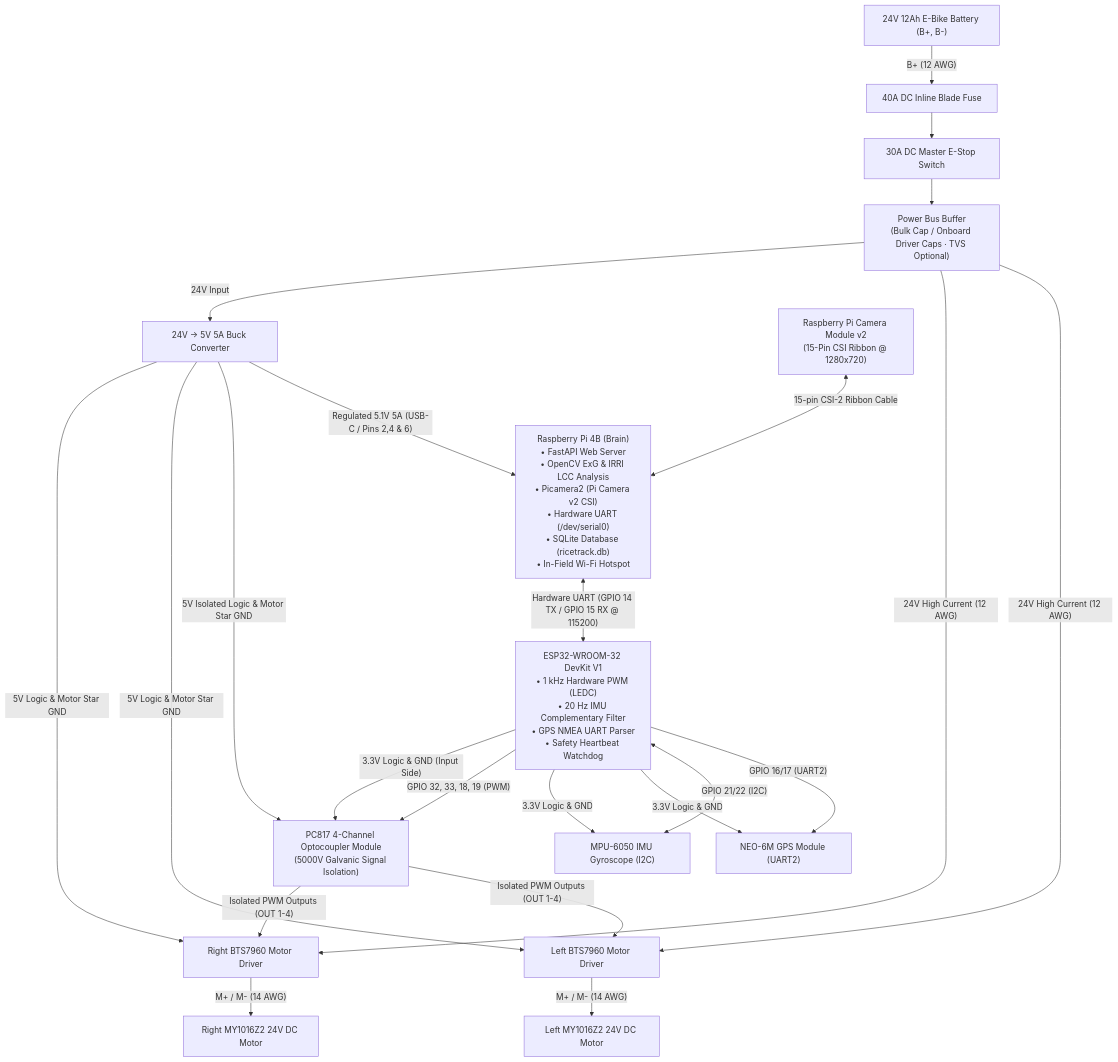
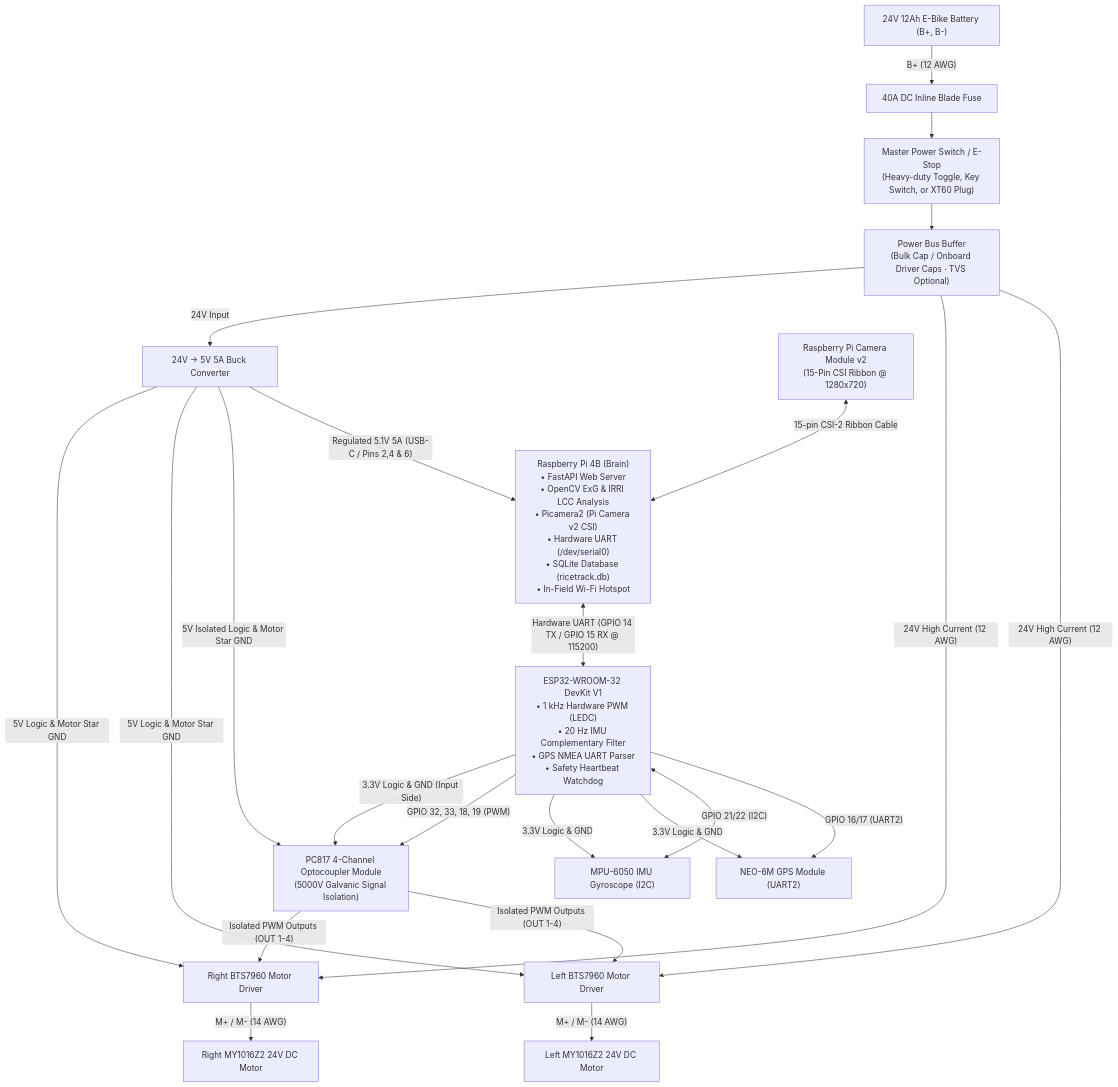
Before and after one commit to Meruem292/Rice-robocam: the diagram in robo_cam-main/README.md, drawn with Mermaid.

Commit message:
no SMBJ28Ano swit

````diff
--- a/robo_cam-main/README.md
+++ b/robo_cam-main/README.md
@@ -9,51 +9,51 @@
 ```mermaid
 flowchart TB
     BAT["24V 12Ah E-Bike Battery (B+, B-)"]
     FUSE["40A DC Inline Blade Fuse"]
-    ESTOP["30A DC Master E-Stop Switch"]
+    SW["Master Power Switch / E-Stop<br/>(Heavy-duty Toggle, Key Switch, or XT60 Plug)"]
     PROT["Power Bus Buffer<br/>(Bulk Cap / Onboard Driver Caps · TVS Optional)"]
     BUCK["24V -> 5V 5A Buck Converter"]
     
     RPI["Raspberry Pi 4B (Brain)<br/>• FastAPI Web Server<br/>• OpenCV ExG & IRRI LCC Analysis<br/>• Picamera2 (Pi Camera v2 CSI)<br/>• Hardware UART (/dev/serial0)<br/>• SQLite Database (ricetrack.db)<br/>• In-Field Wi-Fi Hotspot"]
     CAM["Raspberry Pi Camera Module v2<br/>(15-Pin CSI Ribbon @ 1280x720)"]
     
     ESP["ESP32-WROOM-32 DevKit V1<br/>• 1 kHz Hardware PWM (LEDC)<br/>• 20 Hz IMU Complementary Filter<br/>• GPS NMEA UART Parser<br/>• Safety Heartbeat Watchdog"]
     
     OPTO["PC817 4-Channel Optocoupler Module<br/>(5000V Galvanic Signal Isolation)"]
     
     GPS["NEO-6M GPS Module (UART2)"]
     IMU["MPU-6050 IMU Gyroscope (I2C)"]
     BTS_L["Left BTS7960 Motor Driver"]
     BTS_R["Right BTS7960 Motor Driver"]
     MOT_L["Left MY1016Z2 24V DC Motor"]
     MOT_R["Right MY1016Z2 24V DC Motor"]
 
     BAT -->|"B+ (12 AWG)"| FUSE
-    FUSE --> ESTOP
-    ESTOP --> PROT
+    FUSE --> SW
+    SW --> PROT
     PROT -->|"24V High Current (12 AWG)"| BTS_L
     PROT -->|"24V High Current (12 AWG)"| BTS_R
     PROT -->|"24V Input"| BUCK
 
     BUCK -->|"Regulated 5.1V 5A (USB-C / Pins 2,4 & 6)"| RPI
     RPI <-->|"Hardware UART (GPIO 14 TX / GPIO 15 RX @ 115200)"| ESP
     CAM <-->|"15-pin CSI-2 Ribbon Cable"| RPI
 
     ESP -->|"GPIO 16/17 (UART2)"| GPS
     ESP <-->|"GPIO 21/22 (I2C)"| IMU
 
     ESP -->|"3.3V Logic & GND"| GPS
     ESP -->|"3.3V Logic & GND"| IMU
 
     %% Optocoupled motor control
     ESP -->|"GPIO 32, 33, 18, 19 (PWM)"| OPTO
     ESP -->|"3.3V Logic & GND (Input Side)"| OPTO
     OPTO -->|"Isolated PWM Outputs (OUT 1-4)"| BTS_L
     OPTO -->|"Isolated PWM Outputs (OUT 1-4)"| BTS_R
     BUCK -->|"5V Isolated Logic & Motor Star GND"| OPTO
     BUCK -->|"5V Logic & Motor Star GND"| BTS_L
     BUCK -->|"5V Logic & Motor Star GND"| BTS_R
 
     BTS_L -->|"M+ / M- (14 AWG)"| MOT_L
     BTS_R -->|"M+ / M- (14 AWG)"| MOT_R
 ```
````
